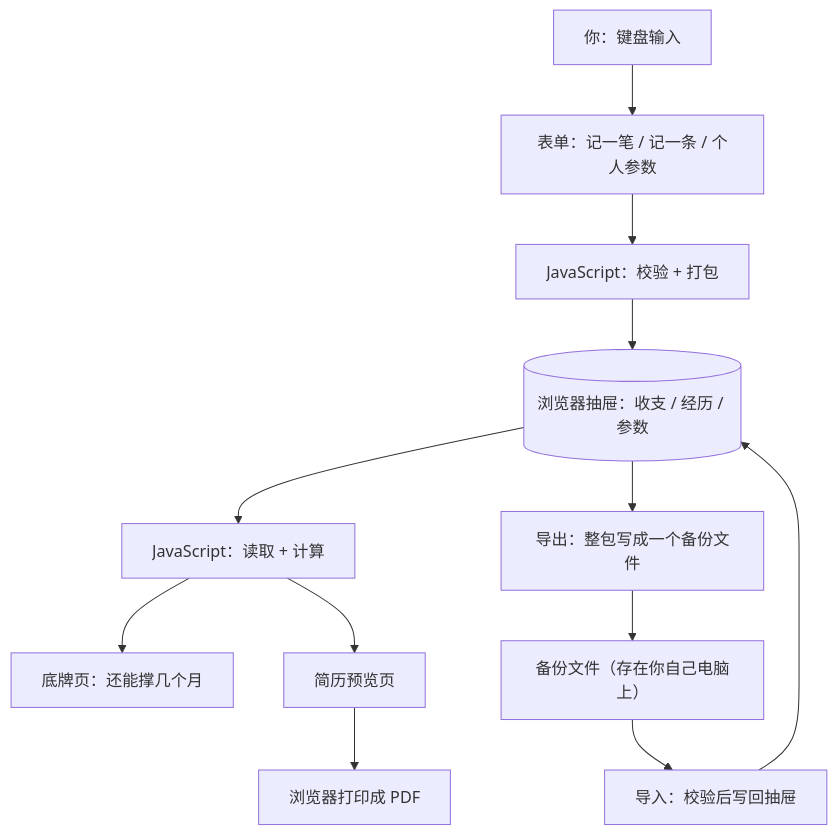
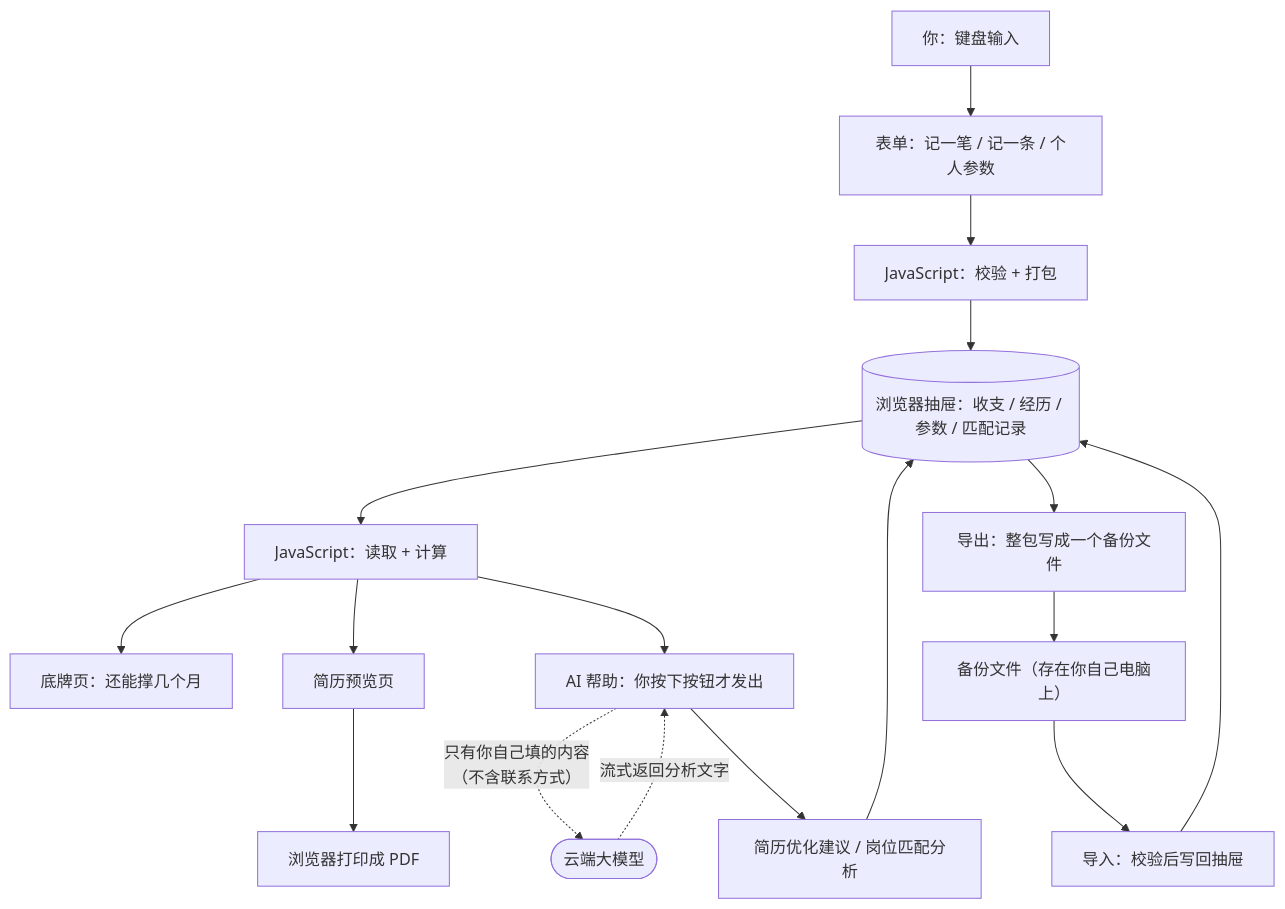
Before and after one commit to XingHo-VibeCoding/NEW-WAY: the diagram in TECH_DESIGN.md, drawn with Mermaid. The commit also changed other lines of this file and 3 other files, not shown here.

````diff
--- a/TECH_DESIGN.md
+++ b/TECH_DESIGN.md
@@ -43,14 +44,19 @@
 ```mermaid
 flowchart TD
     U["你：键盘输入"] --> FORM["表单：记一笔 / 记一条 / 个人参数"]
     FORM --> SAVE["JavaScript：校验 + 打包"]
-    SAVE --> STORE[("浏览器抽屉：收支 / 经历 / 参数")]
+    SAVE --> STORE[("浏览器抽屉：收支 / 经历 / 参数 / 匹配记录")]
     STORE --> READ["JavaScript：读取 + 计算"]
     READ --> V1["底牌页：还能撑几个月"]
     READ --> V2["简历预览页"]
     V2 --> V3["浏览器打印成 PDF"]
     STORE --> E1["导出：整包写成一个备份文件"]
     E1 --> F1["备份文件（存在你自己电脑上）"]
     F1 --> E2["导入：校验后写回抽屉"]
     E2 --> STORE
+    READ --> AI["AI 帮助：你按下按钮才发出"]
+    AI -. "只有你自己填的内容<br/>（不含联系方式）" .-> CLOUD(["云端大模型"])
+    CLOUD -. "流式返回分析文字" .-> AI
+    AI --> V4["简历优化建议 / 岗位匹配分析"]
+    V4 --> STORE
 ```
````
